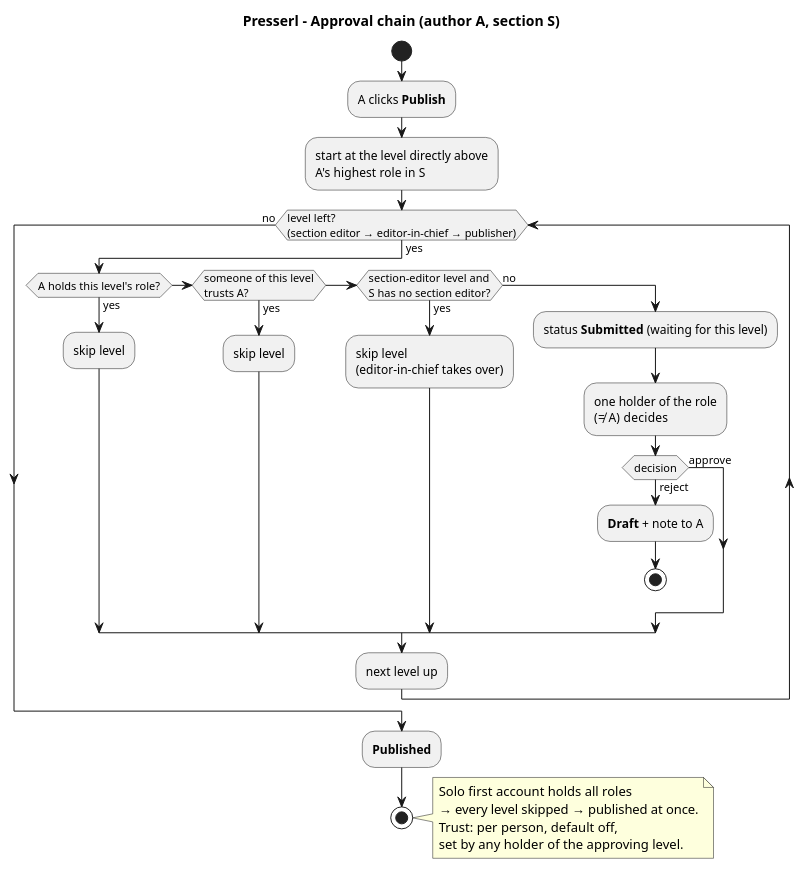
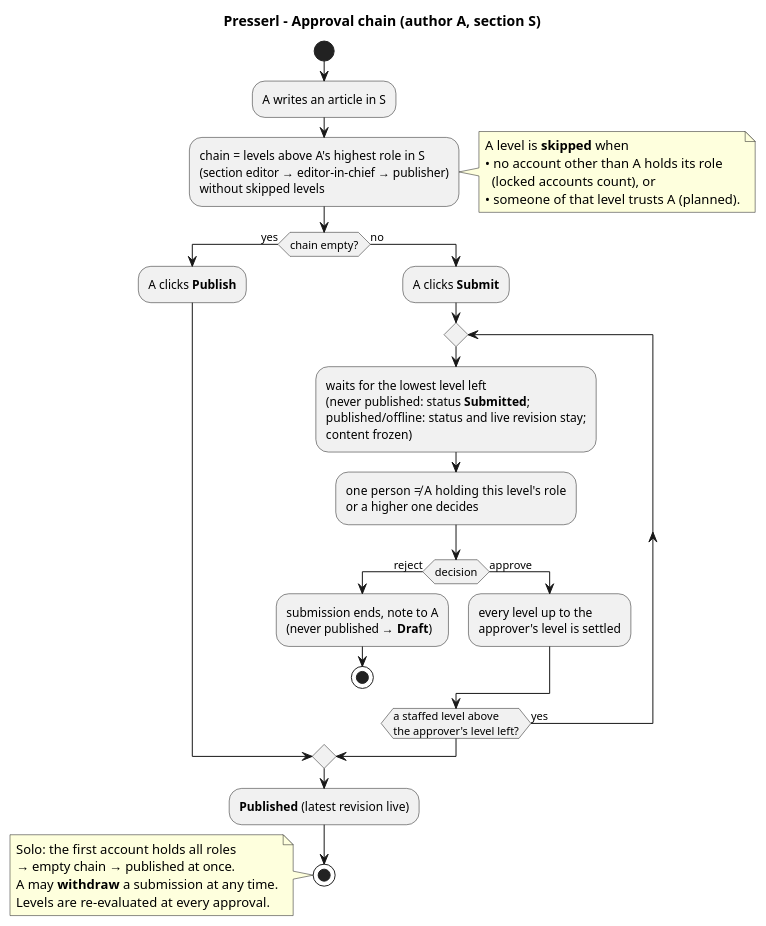
Before and after one commit to UnterrainerInformatik/presserl: the diagram in docs/diagrams/review-decision.puml, drawn with PlantUML. The commit also changed 48 other files, not shown here.

```diff
--- a/docs/diagrams/review-decision.puml
+++ b/docs/diagrams/review-decision.puml
@@ -1,36 +1,39 @@
 @startuml review-decision
 title Presserl – Approval chain (author A, section S)
 skinparam shadowing false
 skinparam defaultFontName Sans-Serif
 
 start
-:A clicks **Publish**;
-:start at the level directly above\nA's highest role in S;
-while (level left?\n(section editor → editor-in-chief → publisher)) is (yes)
-  if (A holds this level's role?) then (yes)
-    :skip level;
-  elseif (someone of this level\ntrusts A?) then (yes)
-    :skip level;
-  elseif (section-editor level and\nS has no section editor?) then (yes)
-    :skip level\n(editor-in-chief takes over);
-  else (no)
-    :status **Submitted** (waiting for this level);
-    :one holder of the role\n(≠ A) decides;
+:A writes an article in S;
+:chain = levels above A's highest role in S\n(section editor → editor-in-chief → publisher)\nwithout skipped levels;
+note right
+  A level is **skipped** when
+  • no account other than A holds its role
+    (locked accounts count), or
+  • someone of that level trusts A (planned).
+end note
+if (chain empty?) then (yes)
+  :A clicks **Publish**;
+else (no)
+  :A clicks **Submit**;
+  repeat
+    :waits for the lowest level left\n(never published: status **Submitted**;\npublished/offline: status and live revision stay;\ncontent frozen);
+    :one person ≠ A holding this level's role\nor a higher one decides;
     if (decision) then (reject)
-      :**Draft** + note to A;
+      :submission ends, note to A\n(never published → **Draft**);
       stop
     else (approve)
+      :every level up to the\napprover's level is settled;
     endif
-  endif
-  :next level up;
-endwhile (no)
-:**Published**;
+  repeat while (a staffed level above\nthe approver's level left?) is (yes)
+endif
+:**Published** (latest revision live);
 stop
 
-note right
-  Solo first account holds all roles
-  → every level skipped → published at once.
-  Trust: per person, default off,
-  set by any holder of the approving level.
+note left
+  Solo: the first account holds all roles
+  → empty chain → published at once.
+  A may **withdraw** a submission at any time.
+  Levels are re-evaluated at every approval.
 end note
 @enduml
```
